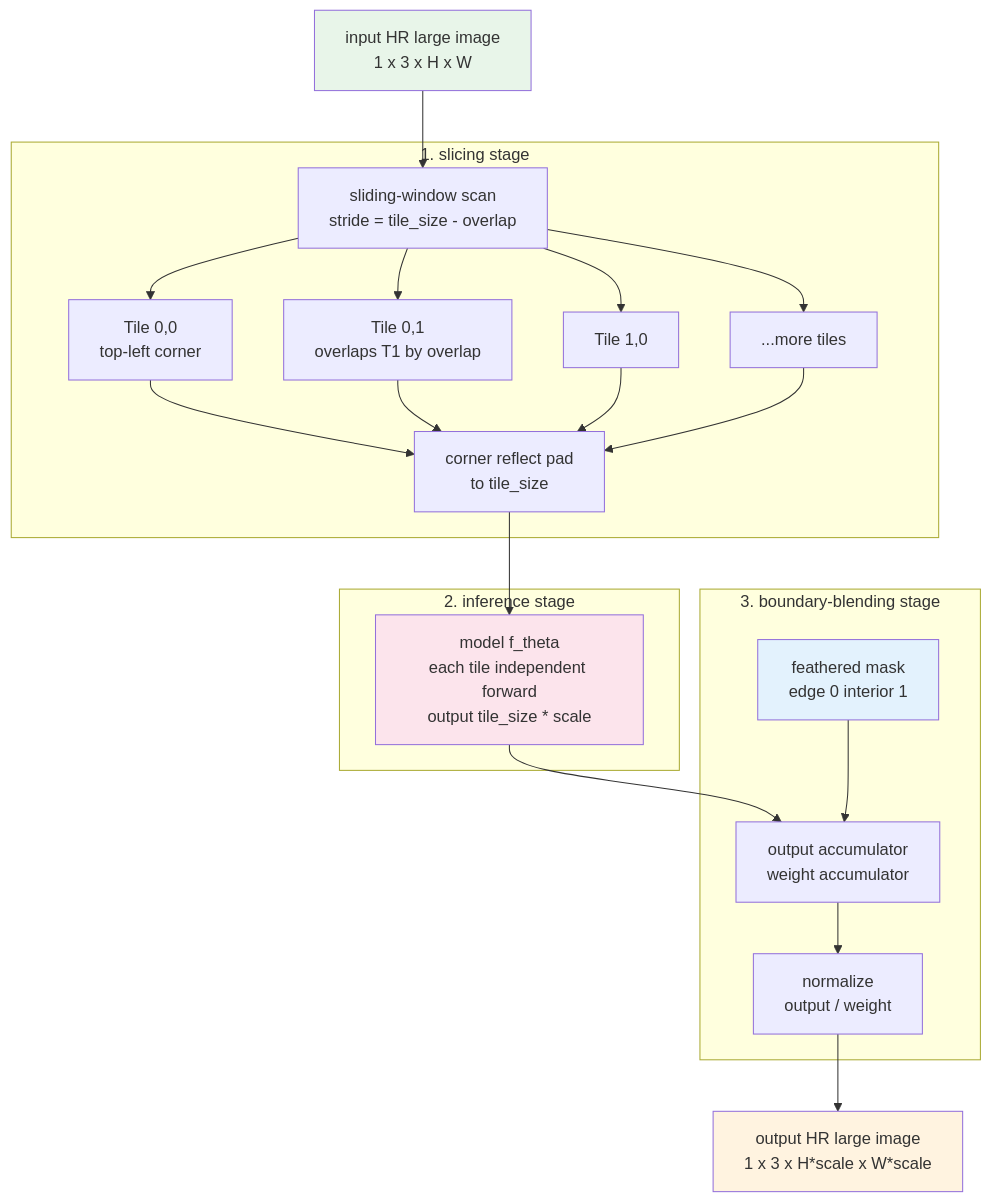
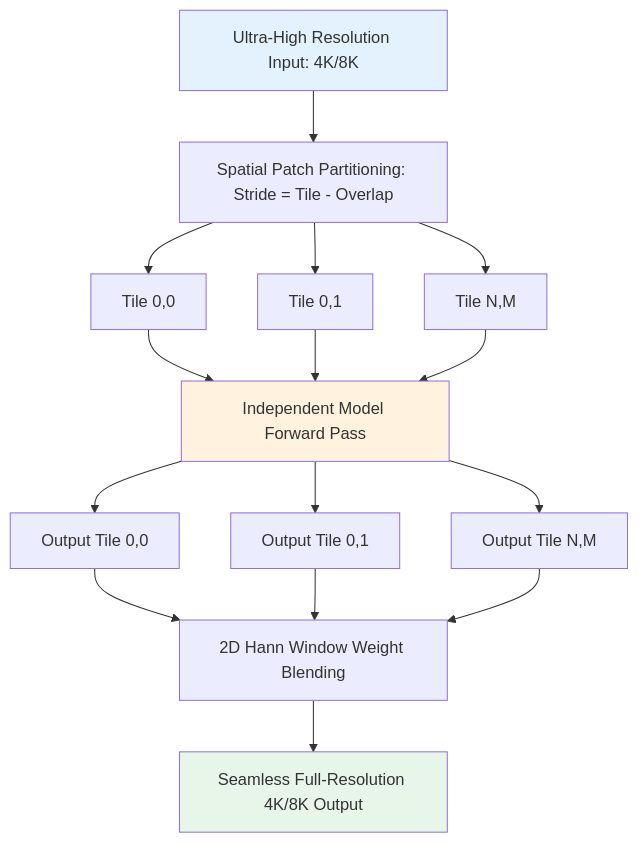
Before and after one commit to yingwang/image-enhancement-guide: the fourth of 5 diagrams in en/chapters/15-inference.md, drawn with Mermaid. The commit also changed other lines of this file and 18 other files, not shown here.

````diff
--- a/en/chapters/15-inference.md
+++ b/en/chapters/15-inference.md
@@ -915,45 +296,13 @@
 ```mermaid
-graph TB
-    IN[input HR large image<br/>1 x 3 x H x W]
+graph TD
+    InputImg[Ultra-High Resolution Input: 4K/8K] --> Tiler[Spatial Patch Partitioning: Stride = Tile - Overlap]
+    Tiler --> Patch1[Tile 0,0] & Patch2[Tile 0,1] & PatchN[Tile N,M]
+    Patch1 & Patch2 & PatchN --> ModelFwd[Independent Model Forward Pass]
+    ModelFwd --> OutP1[Output Tile 0,0] & OutP2[Output Tile 0,1] & OutPN[Output Tile N,M]
+    OutP1 & OutP2 & OutPN --> Blender[2D Hann Window Weight Blending]
+    Blender --> Reconstructed[Seamless Full-Resolution 4K/8K Output]
 
-    subgraph Slice[1. slicing stage]
-        SCAN[sliding-window scan<br/>stride = tile_size - overlap]
-        T1[Tile 0,0<br/>top-left corner]
-        T2[Tile 0,1<br/>overlaps T1 by overlap]
-        T3[Tile 1,0]
-        TN[...more tiles]
-        PAD[corner reflect pad<br/>to tile_size]
-    end
-
-    subgraph Inf[2. inference stage]
-        MODEL[model f_theta<br/>each tile independent forward<br/>output tile_size * scale]
-    end
-
-    subgraph Blend[3. boundary-blending stage]
-        MASK[feathered mask<br/>edge 0 interior 1]
-        ACC[output accumulator<br/>weight accumulator]
-        NORM[normalize<br/>output / weight]
-    end
-
-    OUT[output HR large image<br/>1 x 3 x H*scale x W*scale]
-
-    IN --> SCAN
-    SCAN --> T1
-    SCAN --> T2
-    SCAN --> T3
-    SCAN --> TN
-    T1 --> PAD
-    T2 --> PAD
-    T3 --> PAD
-    TN --> PAD
-    PAD --> MODEL
-    MODEL --> ACC
-    MASK --> ACC
-    ACC --> NORM
-    NORM --> OUT
-
-    style IN fill:#e8f5e9
-    style OUT fill:#fff3e0
-    style MASK fill:#e3f2fd
-    style MODEL fill:#fce4ec
+    style InputImg fill:#e3f2fd
+    style ModelFwd fill:#fff3e0
+    style Reconstructed fill:#e8f5e9
 ```
````
